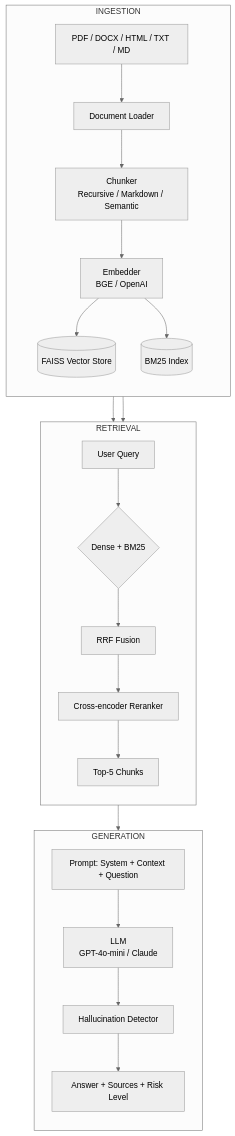
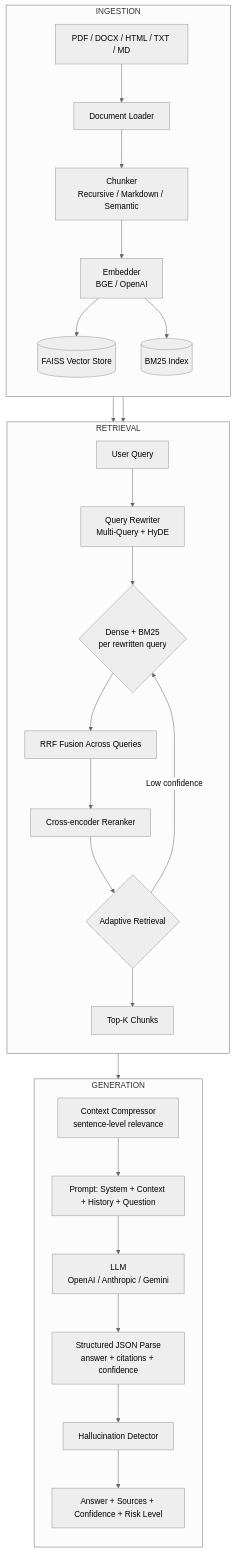
One commit to Ahmed-Tahry/Enterprise-Rag-Pipeline changed the diagram in README.md. Above: the diagram before and after it, drawn with Mermaid (neutral theme). The commit also changed other lines of this file and 15 other files, not shown here.

Commit message:
Add enhanced RAG pipeline: query rewriting, multi-query retrieval, context compression, structured JSON output, adaptive retrieval, and conversational memory

````diff
--- a/README.md
+++ b/README.md
@@ -9,29 +9,34 @@
 ```mermaid
 flowchart TB
     subgraph INGESTION
         direction TB
         A1[PDF / DOCX / HTML / TXT / MD] --> A2[Document Loader]
         A2 --> A3[Chunker<br>Recursive / Markdown / Semantic]
         A3 --> A4[Embedder<br>BGE / OpenAI]
         A4 --> A5[(FAISS Vector Store)]
         A4 --> A6[(BM25 Index)]
     end
 
     subgraph RETRIEVAL
         direction TB
-        B1[User Query] --> B2{Dense + BM25}
+        B1[User Query] --> B1A[Query Rewriter<br/>Multi-Query + HyDE]
+        B1A --> B2{Dense + BM25<br/>per rewritten query}
         A5 --> B2
         A6 --> B2
-        B2 --> B3[RRF Fusion]
+        B2 --> B3[RRF Fusion Across Queries]
         B3 --> B4[Cross-encoder Reranker]
-        B4 --> B5[Top-5 Chunks]
+        B4 --> B5{Adaptive Retrieval}
+        B5 -->|Low confidence| B2
+        B5 --> B6[Top-K Chunks]
     end
 
     subgraph GENERATION
         direction TB
-        B5 --> C1[Prompt: System + Context + Question]
-        C1 --> C2[LLM<br>GPT-4o-mini / Claude]
-        C2 --> C3[Hallucination Detector]
-        C3 --> C4[Answer + Sources + Risk Level]
+        B6 --> C0[Context Compressor<br/>sentence-level relevance]
+        C0 --> C1[Prompt: System + Context + History + Question]
+        C1 --> C2[LLM<br>OpenAI / Anthropic / Gemini]
+        C2 --> C3[Structured JSON Parse<br/>answer + citations + confidence]
+        C3 --> C4[Hallucination Detector]
+        C4 --> C5[Answer + Sources + Confidence + Risk Level]
     end
 ```
````
